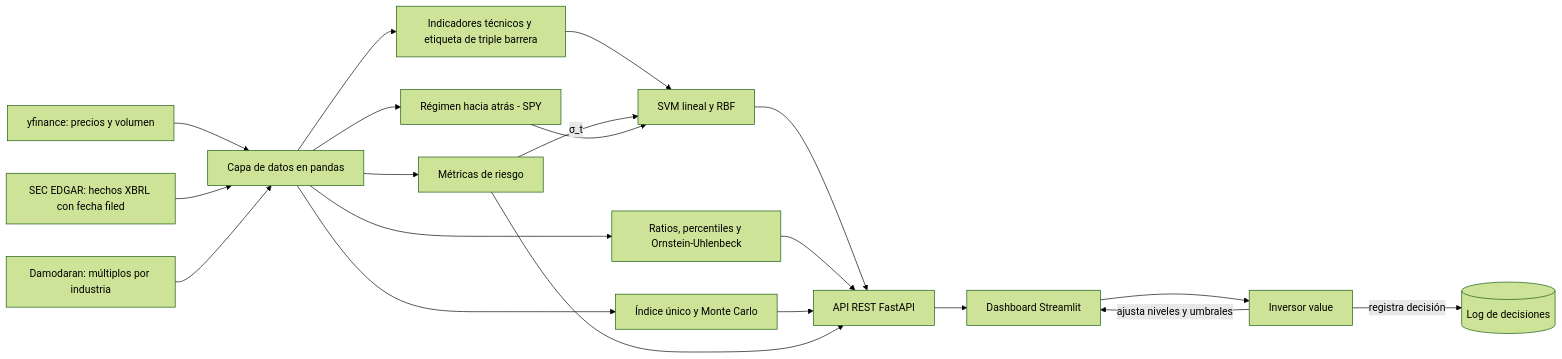
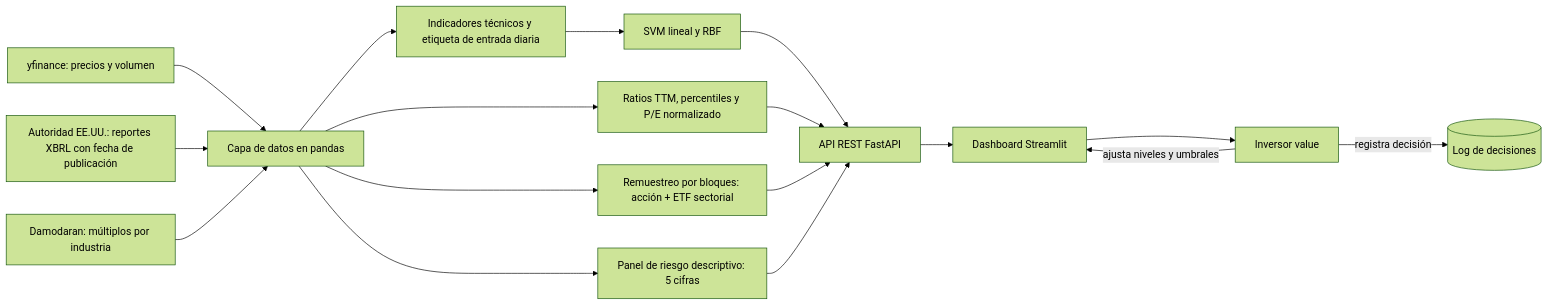
One commit to louis97/asistente-financiero changed the diagram in docs/entrega_1/02_ideacion.md. Above: the diagram before and after it, drawn with Mermaid (forest theme). The commit also changed other lines of this file and 4 other files, not shown here.

````diff
--- a/docs/entrega_1/02_ideacion.md
+++ b/docs/entrega_1/02_ideacion.md
@@ -86,22 +91,19 @@
 ```mermaid
 flowchart LR
     A1[yfinance: precios y volumen] --> D[Capa de datos en pandas]
-    A2[SEC EDGAR: hechos XBRL con fecha filed] --> D
+    A2[Autoridad EE.UU.: reportes XBRL con fecha de publicación] --> D
     A3[Damodaran: múltiplos por industria] --> D
-    D --> M1[Indicadores técnicos y etiqueta de triple barrera]
-    D --> M2[Ratios, percentiles y Ornstein-Uhlenbeck]
-    D --> M3[Índice único y Monte Carlo]
-    D --> M4[Métricas de riesgo]
-    D --> R[Régimen hacia atrás - SPY]
+    D --> M1[Indicadores técnicos y etiqueta de entrada diaria]
+    D --> M2[Ratios TTM, percentiles y P/E normalizado]
+    D --> M3[Remuestreo por bloques: acción + ETF sectorial]
+    D --> M4[Panel de riesgo descriptivo: 5 cifras]
     M1 --> S[SVM lineal y RBF]
-    M4 -->|σ_t| S
-    R --> S
     S --> API[API REST FastAPI]
     M2 --> API
     M3 --> API
     M4 --> API
     API --> UI[Dashboard Streamlit]
     UI --> U[Inversor value]
     U -->|ajusta niveles y umbrales| UI
     U -->|registra decisión| L[(Log de decisiones)]
 ```
````
